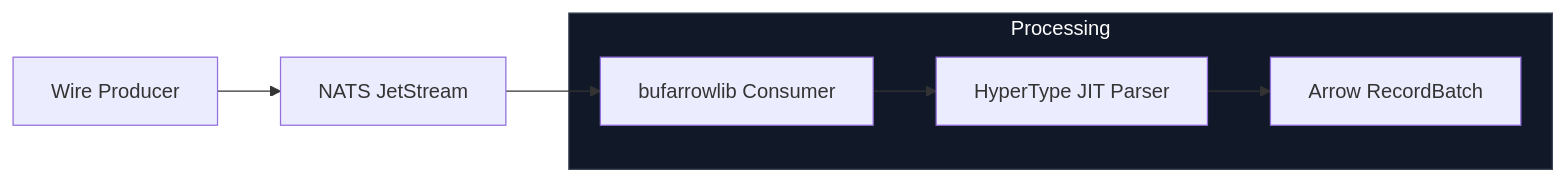
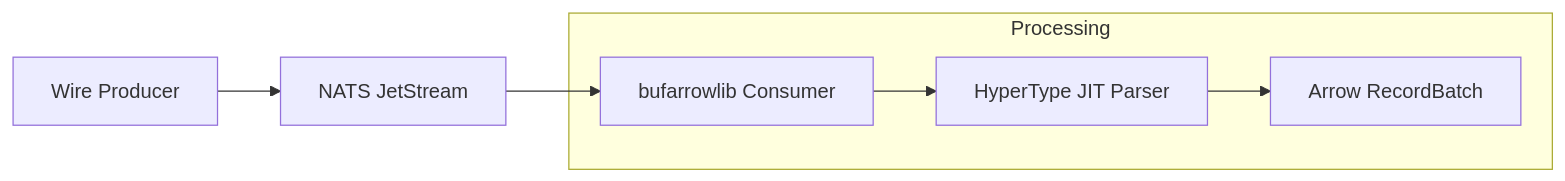
One commit to TFMV/arrowflow changed the diagram in article.md. Above: the diagram before and after it, drawn with Mermaid. The commit also changed other lines of this file and 31 other files, not shown here.

````diff
--- a/article.md
+++ b/article.md
@@ -27,12 +25,10 @@
 ```mermaid
 flowchart LR
     A[Wire Producer] --> B[NATS JetStream]
     B --> C[bufarrowlib Consumer]
 
     subgraph Processing
         C --> E[HyperType JIT Parser]
         E --> D[Arrow RecordBatch]
     end
-
-    style Processing fill:#111827,stroke:#374151,stroke-width:1px,color:#fff
 ```
````
